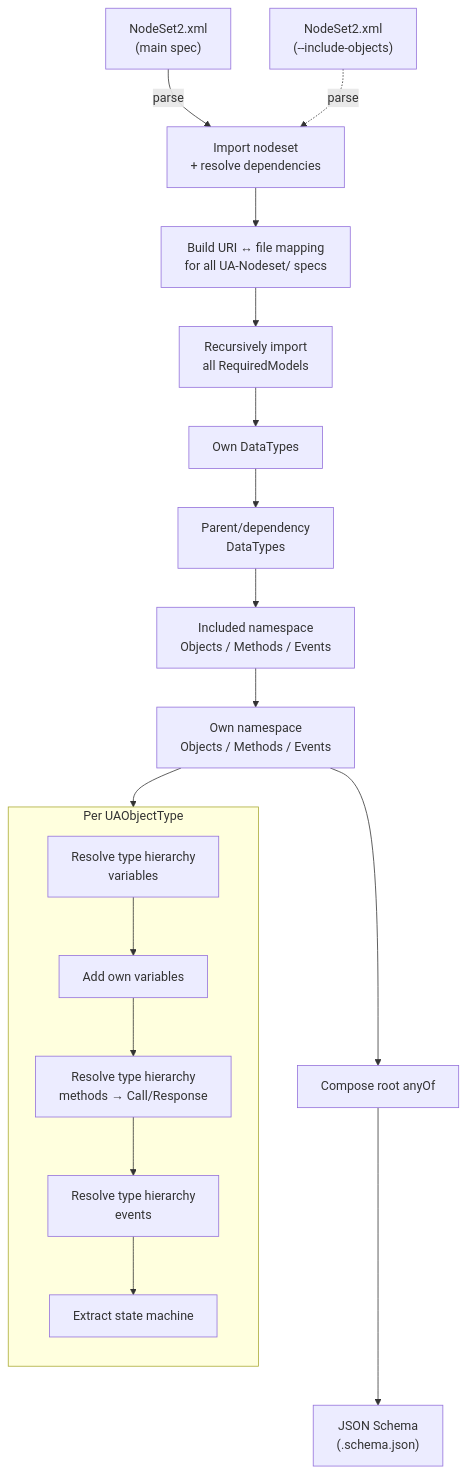
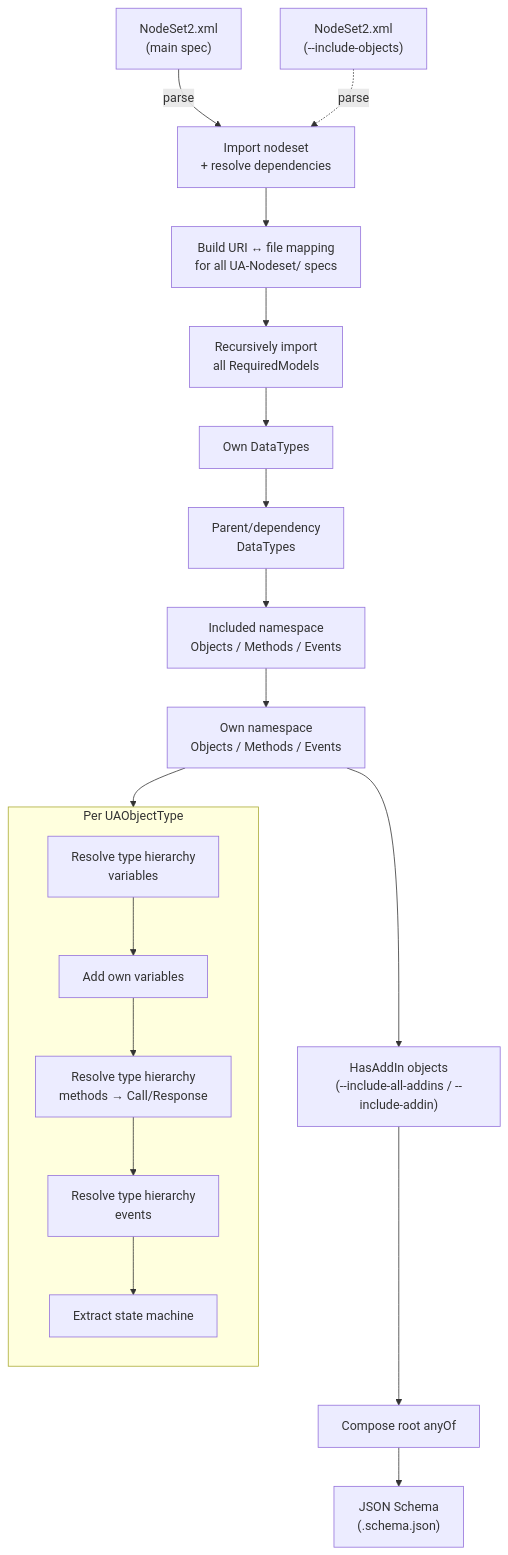
The diagram in README.md (aschamberger/opcua-schemagen), drawn with Mermaid before and after one commit. The commit also changed other lines of this file and 3 other files, not shown here.

````diff
--- a/README.md
+++ b/README.md
@@ -58,23 +66,24 @@
 ```mermaid
 flowchart TD
     A["NodeSet2.xml<br>(main spec)"] -->|parse| B["Import nodeset<br>+ resolve dependencies"]
     A2["NodeSet2.xml<br>(--include-objects)"] -.->|parse| B
     B --> C["Build URI ↔ file mapping<br>for all UA-Nodeset/ specs"]
     C --> D["Recursively import<br>all RequiredModels"]
     D --> E[Own DataTypes]
     E --> F["Parent/dependency<br>DataTypes"]
     F --> G["Included namespace<br>Objects / Methods / Events"]
     G --> H["Own namespace<br>Objects / Methods / Events"]
-    H --> I[Compose root anyOf]
+    H --> HA["HasAddIn objects<br>(--include-all-addins / --include-addin)"]
+    HA --> I[Compose root anyOf]
     I --> J["JSON Schema<br>(.schema.json)"]
 
     subgraph "Per UAObjectType"
         direction TB
         H1["Resolve type hierarchy<br>variables"] --> H2[Add own variables]
         H2 --> H3["Resolve type hierarchy<br>methods → Call/Response"]
         H3 --> H4["Resolve type hierarchy<br>events"]
         H4 --> H5[Extract state machine]
     end
 
     H --> H1
 ```
````
